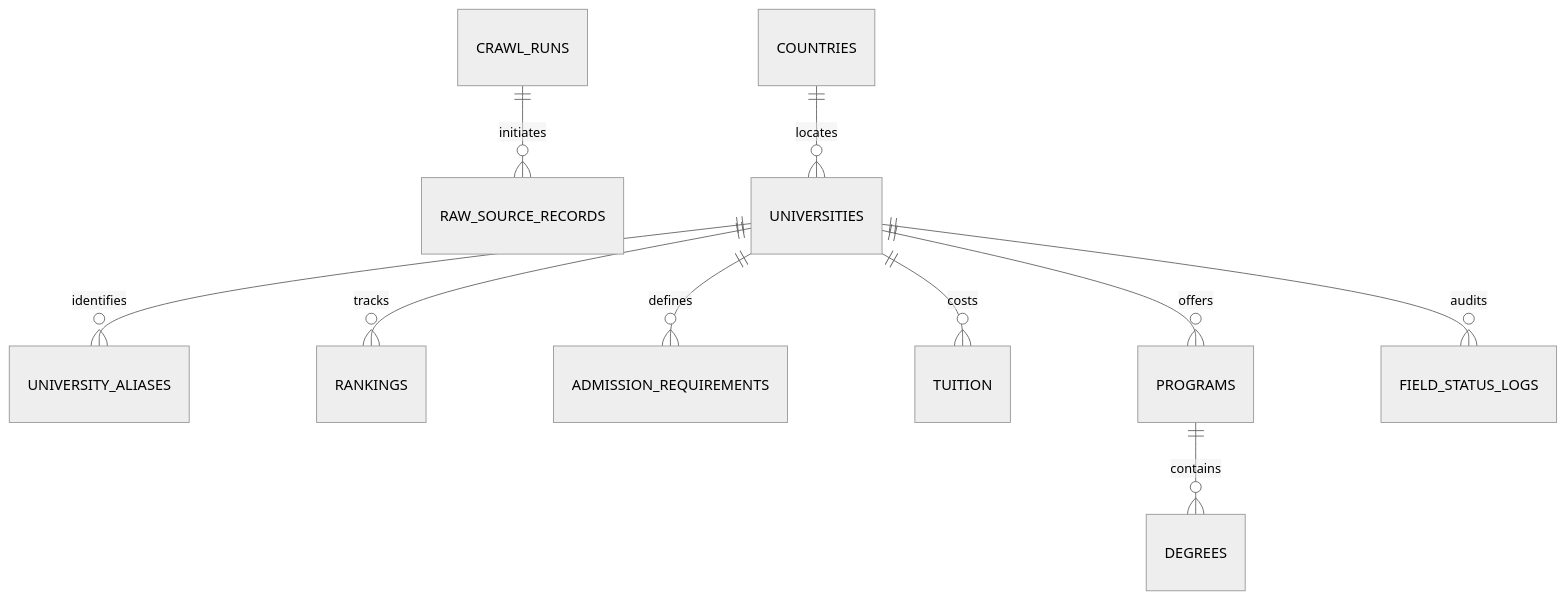
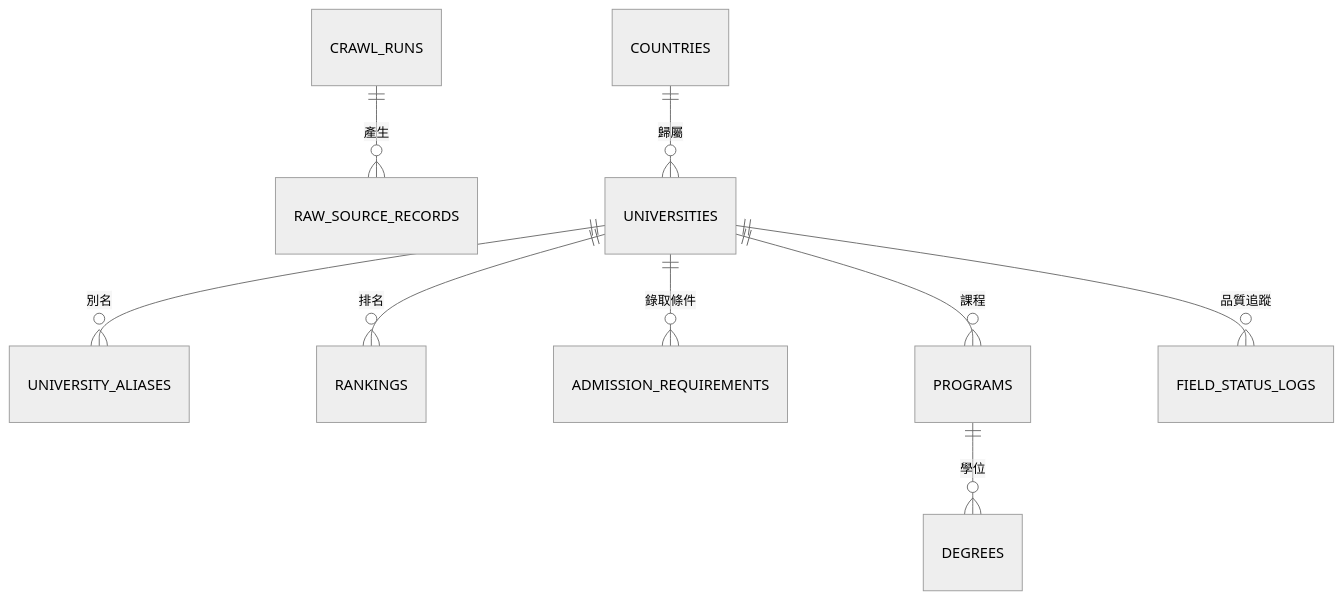
Before and after one commit to heinricitorgau/CrawlerNest: the second of 4 diagrams in MASTER_PROJECT_PLAN.md, drawn with Mermaid (neutral theme). The commit also changed other lines of this file, not shown here.

````diff
--- a/MASTER_PROJECT_PLAN.md
+++ b/MASTER_PROJECT_PLAN.md
@@ -273,12 +234,11 @@
 ```mermaid
 erDiagram
-    CRAWL_RUNS ||--o{ RAW_SOURCE_RECORDS : initiates
-    UNIVERSITIES ||--o{ UNIVERSITY_ALIASES : identifies
-    UNIVERSITIES ||--o{ RANKINGS : tracks
-    UNIVERSITIES ||--o{ ADMISSION_REQUIREMENTS : defines
-    UNIVERSITIES ||--o{ TUITION : costs
-    UNIVERSITIES ||--o{ PROGRAMS : offers
-    UNIVERSITIES ||--o{ FIELD_STATUS_LOGS : audits
-    COUNTRIES ||--o{ UNIVERSITIES : locates
-    PROGRAMS ||--o{ DEGREES : contains
+    CRAWL_RUNS ||--o{ RAW_SOURCE_RECORDS : 產生
+    COUNTRIES ||--o{ UNIVERSITIES : 歸屬
+    UNIVERSITIES ||--o{ UNIVERSITY_ALIASES : 別名
+    UNIVERSITIES ||--o{ RANKINGS : 排名
+    UNIVERSITIES ||--o{ ADMISSION_REQUIREMENTS : 錄取條件
+    UNIVERSITIES ||--o{ PROGRAMS : 課程
+    PROGRAMS ||--o{ DEGREES : 學位
+    UNIVERSITIES ||--o{ FIELD_STATUS_LOGS : 品質追蹤
 ```
````
